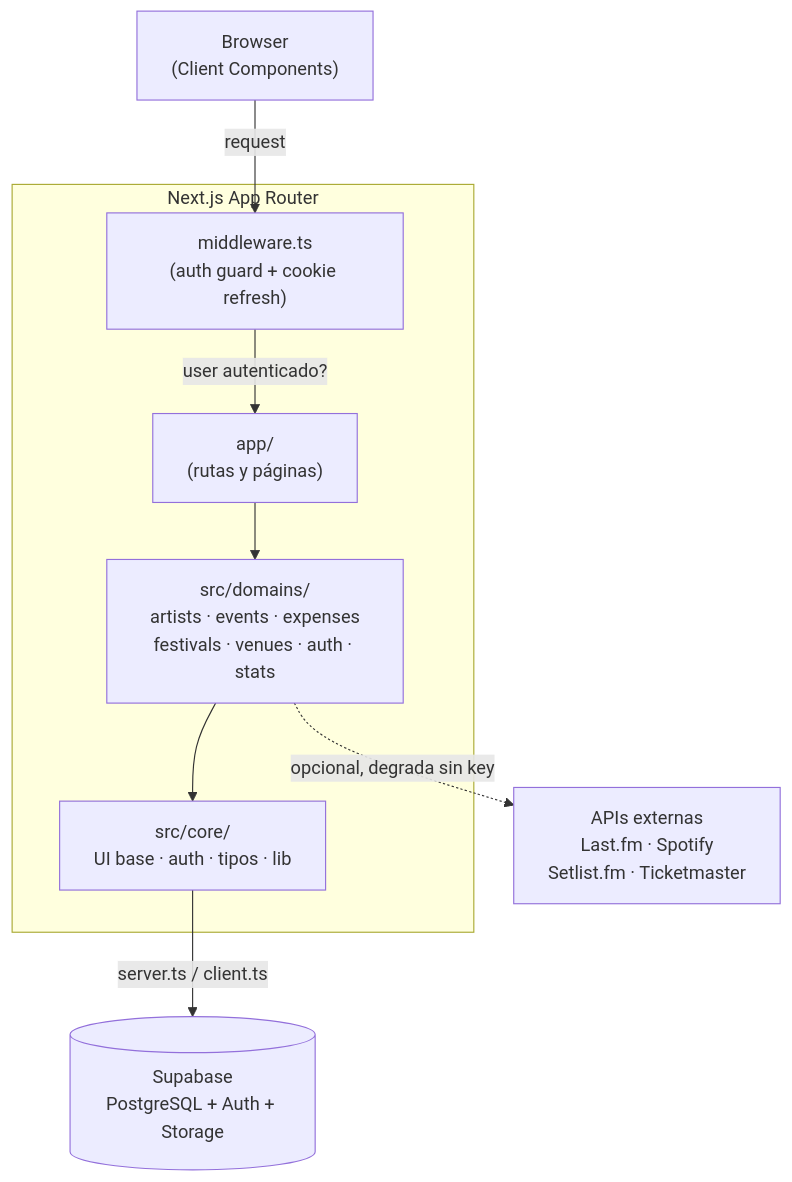
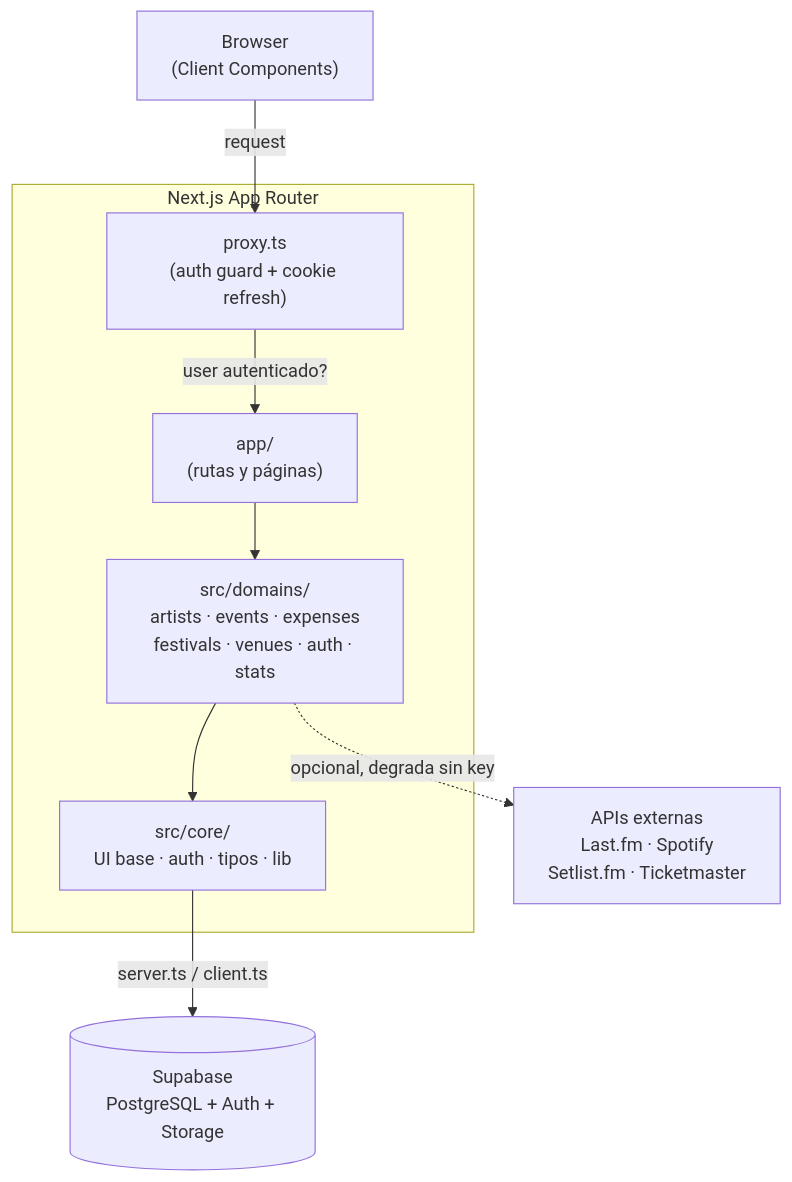
One commit to Lantieridev/Ritual changed the diagram in README.md. Above: the diagram before and after it, drawn with Mermaid. The commit also changed 2 other files, not shown here.

Commit message:
docs: refresh project-structure doc and fix stale dev-bypass message
docs/estructura-del-proyecto.md still described the project's very
early state: a monochrome black/white/zinc palette, a flat few-domain
layout, and a RITUAL_DEV_USER_ID dev-auth-bypass workflow — none of
which reflects the current app (ritual-* token system, 7 domains,
src/graphql/ layer, real Supabase Auth everywhere). Rewrote it against
the actual current tree.

Also fixed a user-facing bug this doc audit surfaced: the "log in to
record expenses" error in expenses/actions.ts still told users to set
RITUAL_DEV_USER_ID in .env.local — that env var was removed long ago
and getCurrentUserId() has no such fallback, so the instruction was
simply false. Trimmed it to the accurate message.

README.md's architecture diagram also still labeled the auth guard
file "middleware.ts" — updated to proxy.ts to match the Next 16 rename.

````diff
--- a/README.md
+++ b/README.md
@@ -88,21 +88,21 @@
 ```mermaid
 flowchart TB
     Browser["Browser\n(Client Components)"]
 
     subgraph NextApp["Next.js App Router"]
-        Middleware["middleware.ts\n(auth guard + cookie refresh)"]
+        Middleware["proxy.ts\n(auth guard + cookie refresh)"]
         Routes["app/\n(rutas y páginas)"]
         Domains["src/domains/\nartists · events · expenses\nfestivals · venues · auth · stats"]
         Core["src/core/\nUI base · auth · tipos · lib"]
     end
 
     Supabase[("Supabase\nPostgreSQL + Auth + Storage")]
     External["APIs externas\nLast.fm · Spotify\nSetlist.fm · Ticketmaster"]
 
     Browser -->|request| Middleware
     Middleware -->|user autenticado?| Routes
     Routes --> Domains
     Domains --> Core
     Core -->|server.ts / client.ts| Supabase
     Domains -.->|opcional, degrada sin key| External
 ```
````
